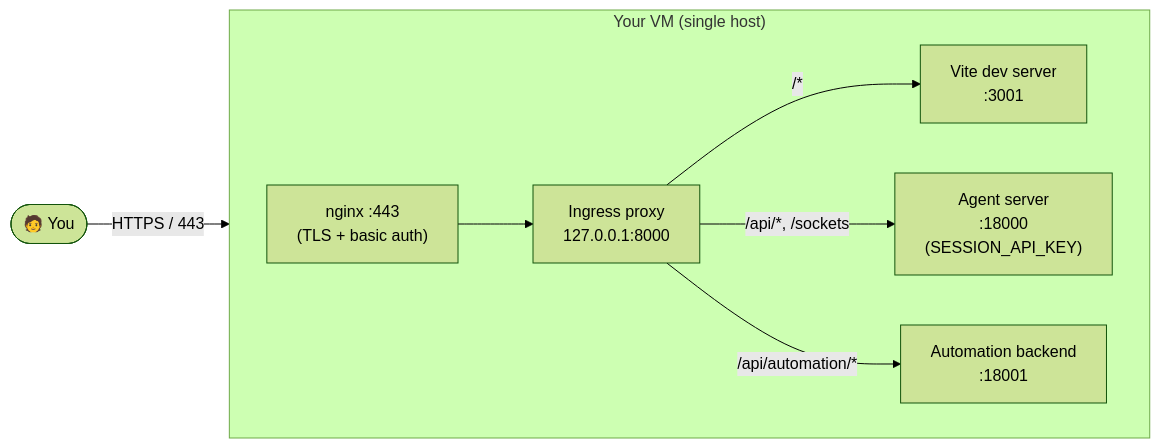
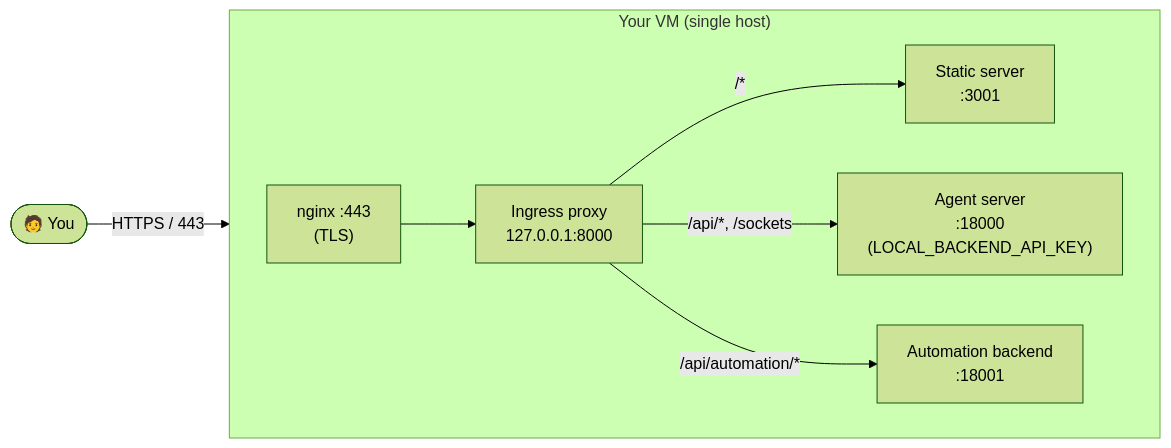
The diagram in docs/SELF_HOSTING.md (techyst-net/handyst), drawn with Mermaid (forest theme) before and after one commit. The commit also changed other lines of this file, not shown here.

````diff
--- a/docs/SELF_HOSTING.md
+++ b/docs/SELF_HOSTING.md
@@ -25,17 +25,17 @@
 ```mermaid
 flowchart LR
     user(["🧑 You"])
     subgraph vm["Your VM (single host)"]
         direction LR
-        nginx["nginx :443<br/>(TLS + basic auth)"]
+        nginx["nginx :443<br/>(TLS)"]
         ingress["Ingress proxy<br/>127.0.0.1:8000"]
-        vite["Vite dev server<br/>:3001"]
-        agent["Agent server<br/>:18000<br/>(SESSION_API_KEY)"]
+        static["Static server<br/>:3001"]
+        agent["Agent server<br/>:18000<br/>(LOCAL_BACKEND_API_KEY)"]
         automation["Automation backend<br/>:18001"]
         nginx --> ingress
-        ingress -- "/*" --> vite
+        ingress -- "/*" --> static
         ingress -- "/api/*, /sockets" --> agent
         ingress -- "/api/automation/*" --> automation
     end
     user -- "HTTPS / 443" --> nginx
 ```
````
